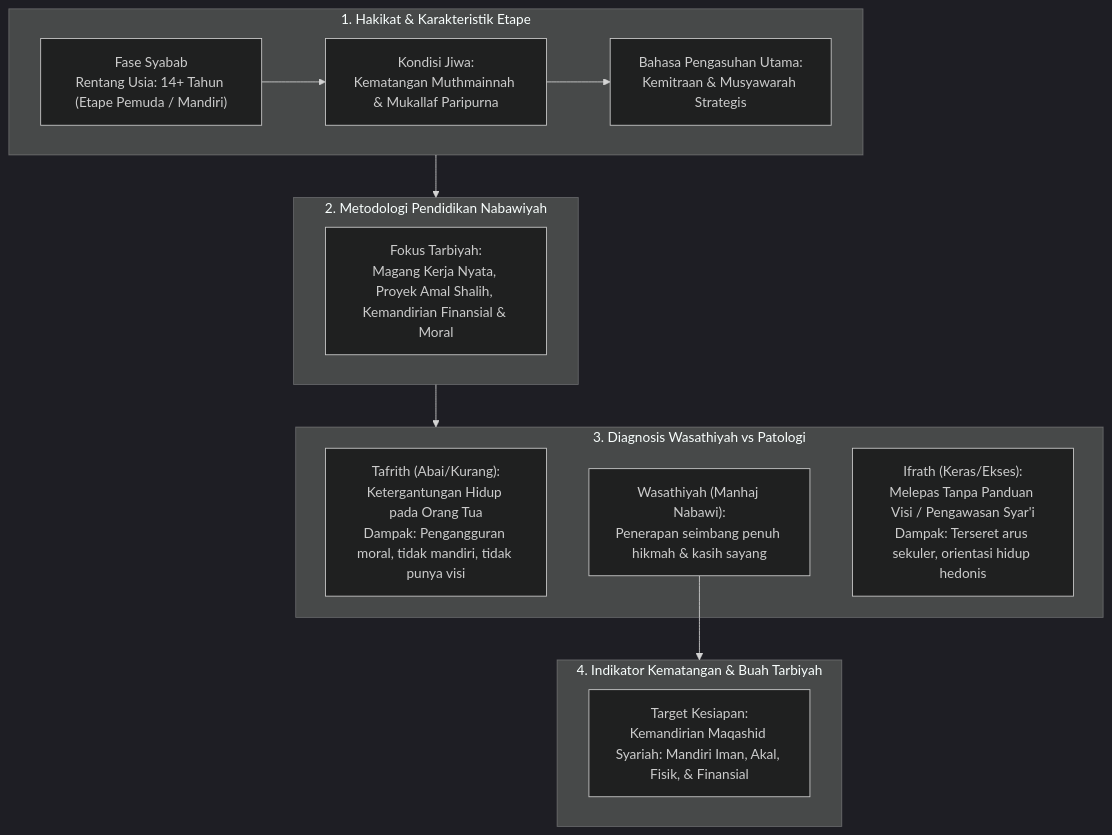
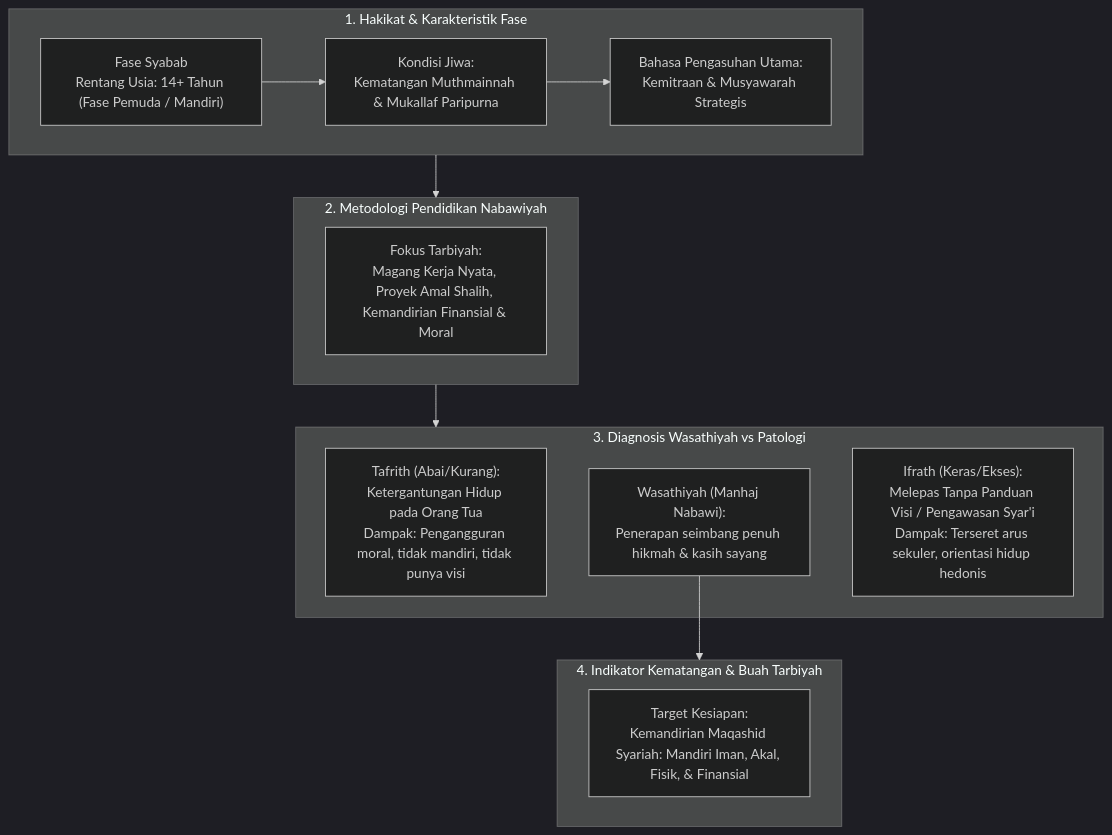
Before and after one commit to decaller/wiki-pkn: the diagram in content_flow/Dokumen Pendidikan Karakter Nabawiyah/Paradigma & Implementasi/Insan/Fitrah (Karakter)/Perkembangan/Syabab.md, drawn with Mermaid (dark theme). The commit also changed 410 other files, not shown here.

Commit message:
feat: create master Glosarium and purify terminology across repo (etape -> fase, archetype -> uswah)

````diff
--- a/content_flow/Dokumen Pendidikan Karakter Nabawiyah/Paradigma & Implementasi/Insan/Fitrah (Karakter)/Perkembangan/Syabab.md
+++ b/content_flow/Dokumen Pendidikan Karakter Nabawiyah/Paradigma & Implementasi/Insan/Fitrah (Karakter)/Perkembangan/Syabab.md
@@ -10,25 +10,25 @@
 ```mermaid
 flowchart TD
-    subgraph S1["1. Hakikat & Karakteristik Etape"]
-        A1["Fase Syabab<br/>Rentang Usia: 14+ Tahun (Etape Pemuda / Mandiri)"] --> A2["Kondisi Jiwa:<br/>Kematangan Muthmainnah & Mukallaf Paripurna"]
+    subgraph S1["1. Hakikat & Karakteristik Fase"]
+        A1["Fase Syabab<br/>Rentang Usia: 14+ Tahun (Fase Pemuda / Mandiri)"] --> A2["Kondisi Jiwa:<br/>Kematangan Muthmainnah & Mukallaf Paripurna"]
         A2 --> A3["Bahasa Pengasuhan Utama:<br/>Kemitraan & Musyawarah Strategis"]
     end
 
     subgraph S2["2. Metodologi Pendidikan Nabawiyah"]
         B1["Fokus Tarbiyah:<br/>Magang Kerja Nyata, Proyek Amal Shalih, Kemandirian Finansial & Moral"]
     end
 
     subgraph S3["3. Diagnosis Wasathiyah vs Patologi"]
         C1["Tafrith (Abai/Kurang):<br/>Ketergantungan Hidup pada Orang Tua<br/>Dampak: Pengangguran moral, tidak mandiri, tidak punya visi"]
         C2["Wasathiyah (Manhaj Nabawi):<br/>Penerapan seimbang penuh hikmah & kasih sayang"]
         C3["Ifrath (Keras/Ekses):<br/>Melepas Tanpa Panduan Visi / Pengawasan Syar'i<br/>Dampak: Terseret arus sekuler, orientasi hidup hedonis"]
     end
 
     subgraph S4["4. Indikator Kematangan & Buah Tarbiyah"]
         D1["Target Kesiapan:<br/>Kemandirian Maqashid Syariah: Mandiri Iman, Akal, Fisik, & Finansial"]
     end
 
     S1 --> S2
     S2 --> S3
     C2 --> S4
 ```
````
